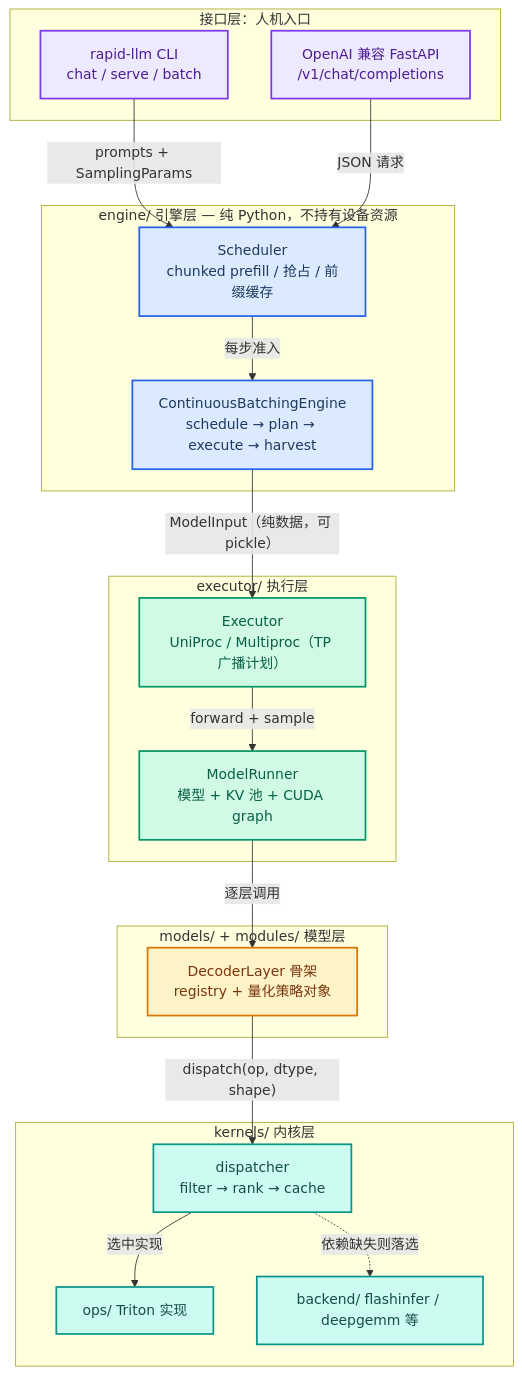
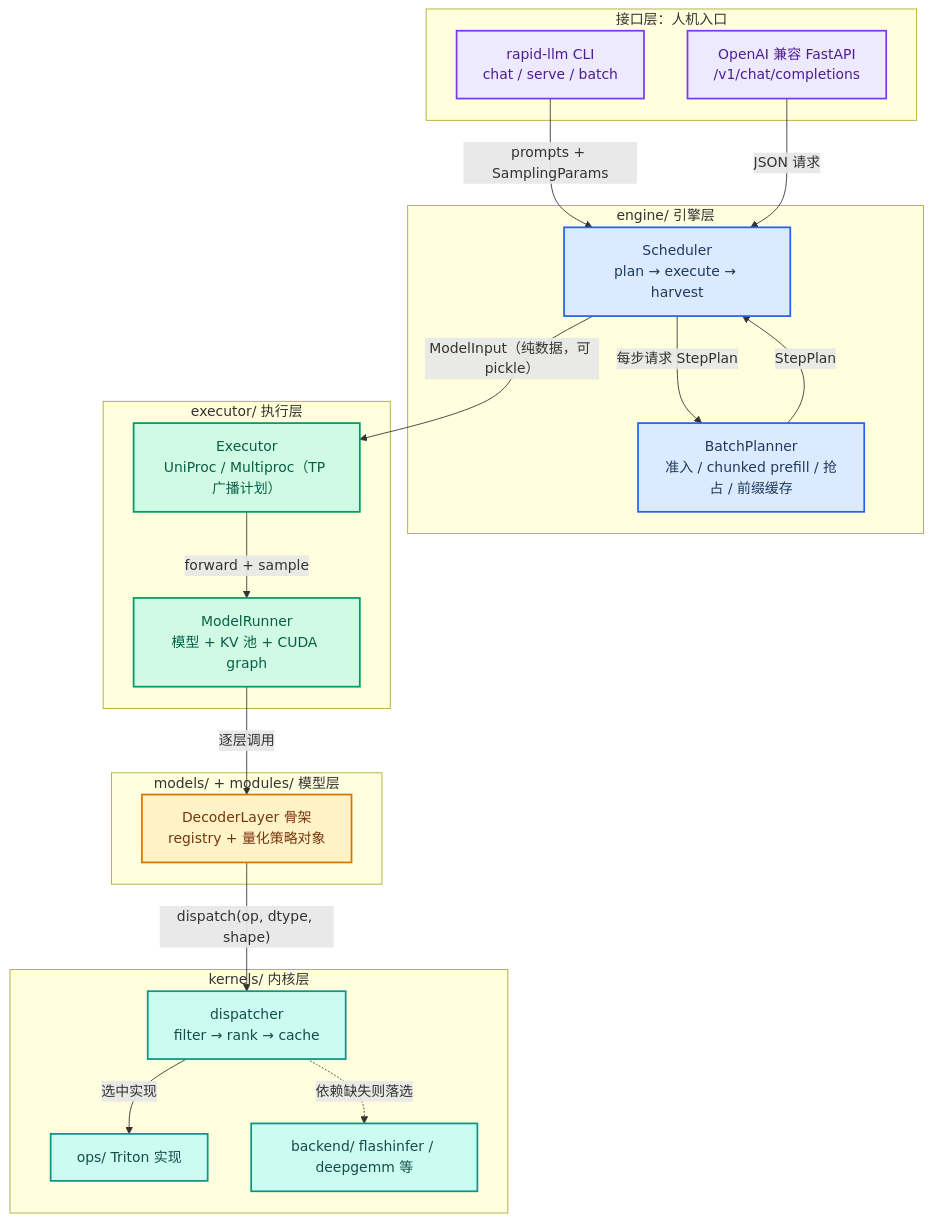
One commit to harleyszhang/rapid_llm changed the diagram in docs/introduction.md. Above: the diagram before and after it, drawn with Mermaid. The commit also changed other lines of this file and 78 other files, not shown here.

Commit message:
refactor(engine): consolidate continuous scheduling

````diff
--- a/docs/introduction.md
+++ b/docs/introduction.md
@@ -93,42 +93,43 @@
 ```mermaid
 graph TB
     subgraph L1["接口层：人机入口"]
         CLI["rapid-llm CLI<br/>chat / serve / batch"]
         API["OpenAI 兼容 FastAPI<br/>/v1/chat/completions"]
     end
-    subgraph L2["engine/ 引擎层 — 纯 Python，不持有设备资源"]
-        SCHED["Scheduler<br/>chunked prefill / 抢占 / 前缀缓存"]
-        ENG["ContinuousBatchingEngine<br/>schedule → plan → execute → harvest"]
+    subgraph L2["engine/ 引擎层"]
+        PLAN["BatchPlanner<br/>准入 / chunked prefill / 抢占 / 前缀缓存"]
+        SCHED["Scheduler<br/>plan → execute → harvest"]
     end
     subgraph L3["executor/ 执行层"]
         EXE["Executor<br/>UniProc / Multiproc（TP 广播计划）"]
         RUN["ModelRunner<br/>模型 + KV 池 + CUDA graph"]
     end
     subgraph L4["models/ + modules/ 模型层"]
         MOD["DecoderLayer 骨架<br/>registry + 量化策略对象"]
     end
     subgraph L5["kernels/ 内核层"]
         DSP["dispatcher<br/>filter → rank → cache"]
         OPS["ops/ Triton 实现"]
         BE["backend/ flashinfer / deepgemm 等"]
     end
     CLI -->|"prompts + SamplingParams"| SCHED
     API -->|"JSON 请求"| SCHED
-    SCHED -->|"每步准入"| ENG
-    ENG -->|"ModelInput（纯数据，可 pickle）"| EXE
+    SCHED -->|"每步请求 StepPlan"| PLAN
+    PLAN -->|"StepPlan"| SCHED
+    SCHED -->|"ModelInput（纯数据，可 pickle）"| EXE
     EXE -->|"forward + sample"| RUN
     RUN -->|"逐层调用"| MOD
     MOD -->|"dispatch(op, dtype, shape)"| DSP
     DSP -->|"选中实现"| OPS
     DSP -.->|"依赖缺失则落选"| BE
     classDef ext fill:#ede9fe,stroke:#7c3aed,stroke-width:2px,color:#4c1d95
     classDef orch fill:#dbeafe,stroke:#2563eb,stroke-width:2px,color:#1e3a5f
     classDef proc fill:#d1fae5,stroke:#059669,stroke-width:2px,color:#065f46
     classDef model fill:#fef3c7,stroke:#d97706,stroke-width:2px,color:#78350f
     classDef kern fill:#ccfbf1,stroke:#0d9488,stroke-width:2px,color:#134e4a
     class CLI,API ext
-    class SCHED,ENG orch
+    class PLAN,SCHED orch
     class EXE,RUN proc
     class MOD model
     class DSP,OPS,BE kern
 ```
````
